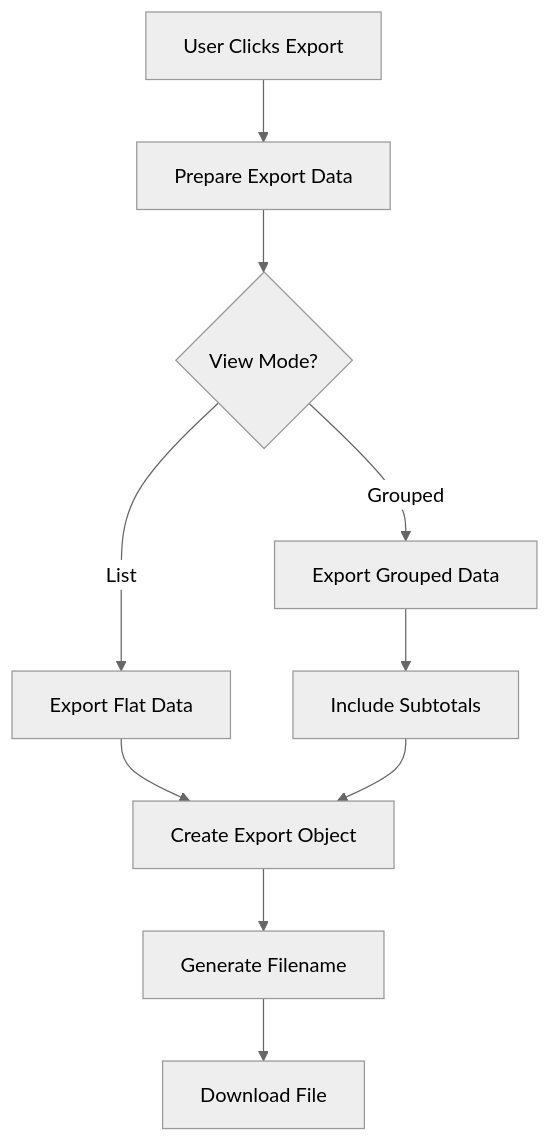
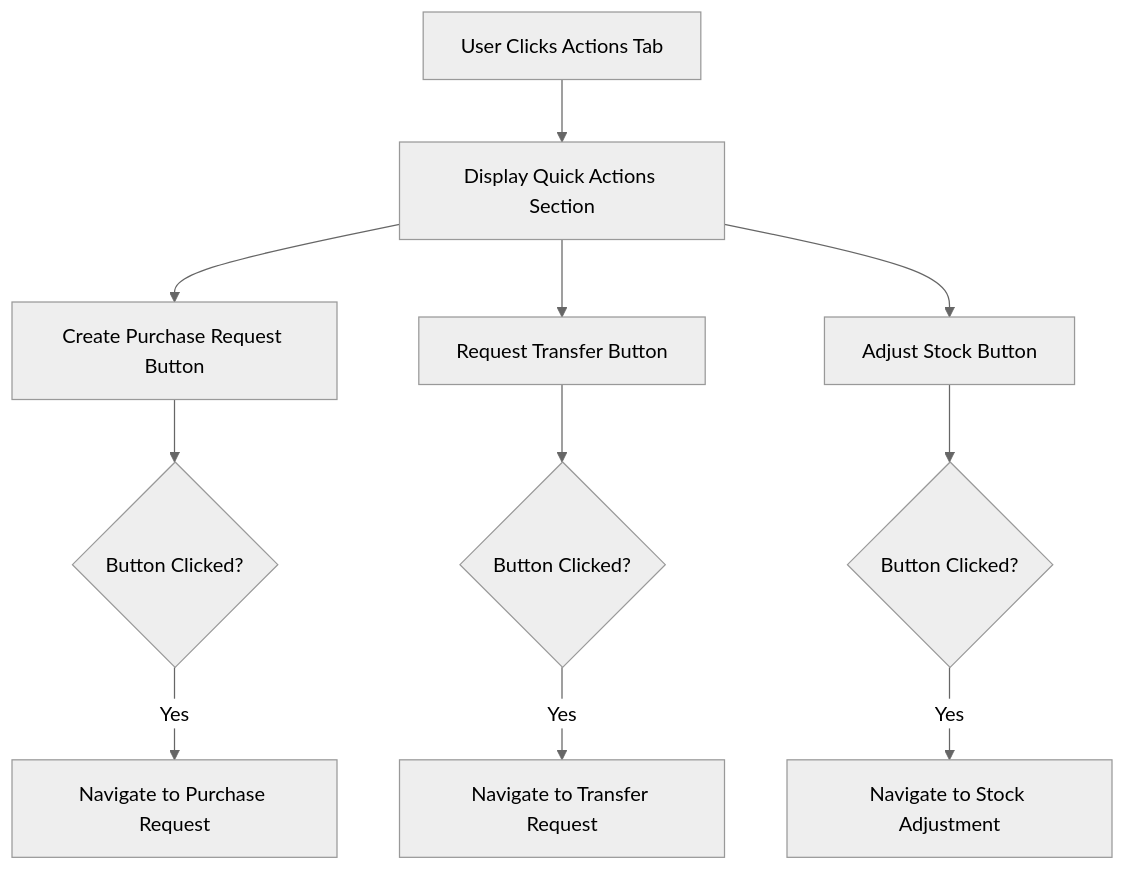
One commit to PeakMNA/carmen changed diagram 11 of 16 in docs/app/inventory-management/stock-overview/stock-cards/FD-stock-cards.md. Above: the diagram before and after it, drawn with Mermaid (neutral theme). The commit also changed other lines of this file and 473 other files, not shown here.

````diff
--- a/docs/app/inventory-management/stock-overview/stock-cards/FD-stock-cards.md
+++ b/docs/app/inventory-management/stock-overview/stock-cards/FD-stock-cards.md
@@ -167,12 +263,16 @@
 ```mermaid
 flowchart TD
-    A[User Clicks Export] --> B[Prepare Export Data]
-    B --> C{View Mode?}
-    C -->|List| D[Export Flat Data]
-    C -->|Grouped| E[Export Grouped Data]
-    D --> F[Create Export Object]
-    E --> G[Include Subtotals]
-    G --> F
-    F --> H[Generate Filename]
-    H --> I[Download File]
+    A[User Clicks Actions Tab] --> B[Display Quick Actions Section]
+    B --> C[Create Purchase Request Button]
+    B --> D[Request Transfer Button]
+    B --> E[Adjust Stock Button]
+
+    C --> F{Button Clicked?}
+    F -->|Yes| G[Navigate to Purchase Request]
+
+    D --> H{Button Clicked?}
+    H -->|Yes| I[Navigate to Transfer Request]
+
+    E --> J{Button Clicked?}
+    J -->|Yes| K[Navigate to Stock Adjustment]
 ```
````
